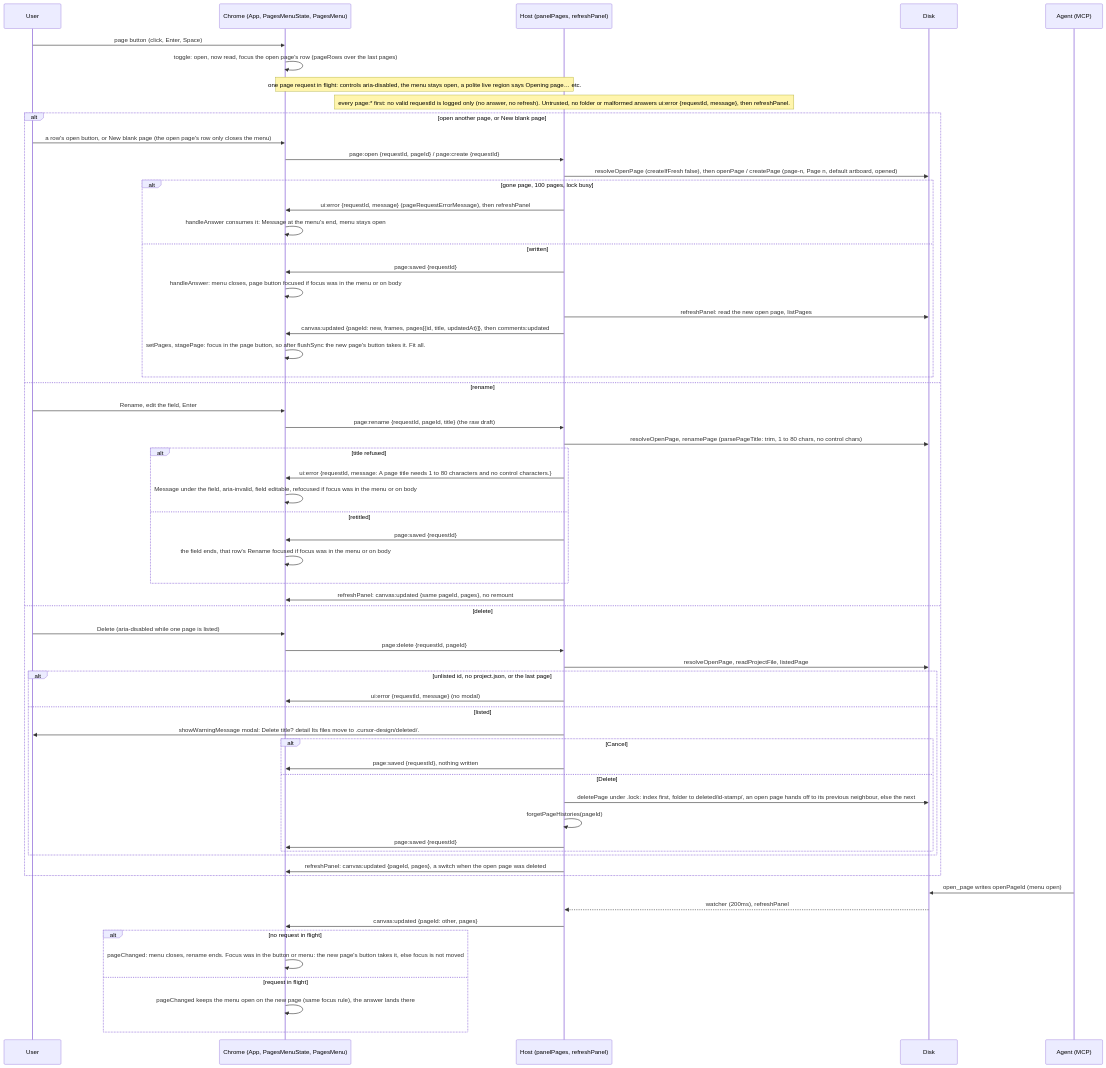
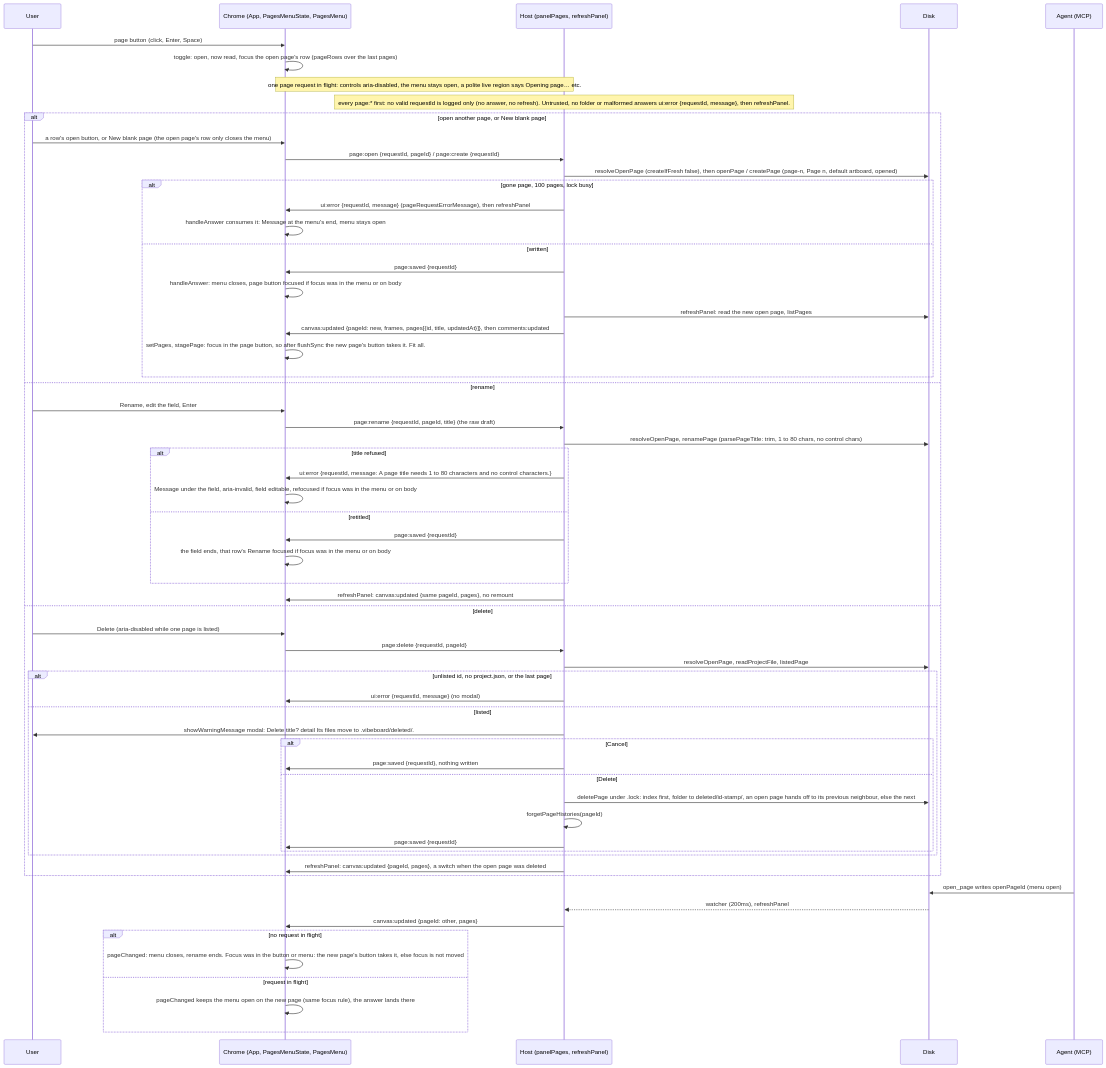
The sixth of 18 diagrams in blueprint/context/system-map.md (MarekBombera/cursor-design-extension), drawn with Mermaid before and after one commit. The commit also changed other lines of this file and 100 other files, not shown here.

First line of the commit message:
chore: rename cursor-design to vibeboard

````diff
--- a/blueprint/context/system-map.md
+++ b/blueprint/context/system-map.md
@@ -364,64 +366,64 @@
 ```mermaid
 sequenceDiagram
   participant U as User
   participant C as Chrome (App, PagesMenuState, PagesMenu)
   participant H as Host (panelPages, refreshPanel)
   participant D as Disk
   participant A as Agent (MCP)
   U->>C: page button (click, Enter, Space)
   C->>C: toggle: open, now read, focus the open page's row (pageRows over the last pages)
   Note over C,H: one page request in flight: controls aria-disabled, the menu stays open, a polite live region says Opening page… etc.
   Note over H: every page:* first: no valid requestId is logged only (no answer, no refresh). Untrusted, no folder or malformed answers ui:error {requestId, message}, then refreshPanel.
   alt open another page, or New blank page
     U->>C: a row's open button, or New blank page (the open page's row only closes the menu)
     C->>H: page:open {requestId, pageId} / page:create {requestId}
     H->>D: resolveOpenPage (createIfFresh false), then openPage / createPage (page-n, Page n, default artboard, opened)
     alt gone page, 100 pages, lock busy
       H->>C: ui:error {requestId, message} (pageRequestErrorMessage), then refreshPanel
       C->>C: handleAnswer consumes it: Message at the menu's end, menu stays open
     else written
       H->>C: page:saved {requestId}
       C->>C: handleAnswer: menu closes, page button focused if focus was in the menu or on body
       H->>D: refreshPanel: read the new open page, listPages
       H->>C: canvas:updated {pageId: new, frames, pages[{id, title, updatedAt}]}, then comments:updated
       C->>C: setPages, stagePage: focus in the page button, so after flushSync the new page's button takes it. Fit all.
     end
   else rename
     U->>C: Rename, edit the field, Enter
     C->>H: page:rename {requestId, pageId, title} (the raw draft)
     H->>D: resolveOpenPage, renamePage (parsePageTitle: trim, 1 to 80 chars, no control chars)
     alt title refused
       H->>C: ui:error {requestId, message: A page title needs 1 to 80 characters and no control characters.}
       C->>C: Message under the field, aria-invalid, field editable, refocused if focus was in the menu or on body
     else retitled
       H->>C: page:saved {requestId}
       C->>C: the field ends, that row's Rename focused if focus was in the menu or on body
     end
     H->>C: refreshPanel: canvas:updated {same pageId, pages}, no remount
   else delete
     U->>C: Delete (aria-disabled while one page is listed)
     C->>H: page:delete {requestId, pageId}
     H->>D: resolveOpenPage, readProjectFile, listedPage
     alt unlisted id, no project.json, or the last page
       H->>C: ui:error {requestId, message} (no modal)
     else listed
-      H->>U: showWarningMessage modal: Delete title? detail Its files move to .cursor-design/deleted/.
+      H->>U: showWarningMessage modal: Delete title? detail Its files move to .vibeboard/deleted/.
       alt Cancel
         H->>C: page:saved {requestId}, nothing written
       else Delete
         H->>D: deletePage under .lock: index first, folder to deleted/id-stamp/, an open page hands off to its previous neighbour, else the next
         H->>H: forgetPageHistories(pageId)
         H->>C: page:saved {requestId}
       end
     end
     H->>C: refreshPanel: canvas:updated {pageId, pages}, a switch when the open page was deleted
   end
   A->>D: open_page writes openPageId (menu open)
   D-->>H: watcher (200ms), refreshPanel
   H->>C: canvas:updated {pageId: other, pages}
   alt no request in flight
     C->>C: pageChanged: menu closes, rename ends. Focus was in the button or menu: the new page's button takes it, else focus is not moved
   else request in flight
     C->>C: pageChanged keeps the menu open on the new page (same focus rule), the answer lands there
   end
 ```
````
